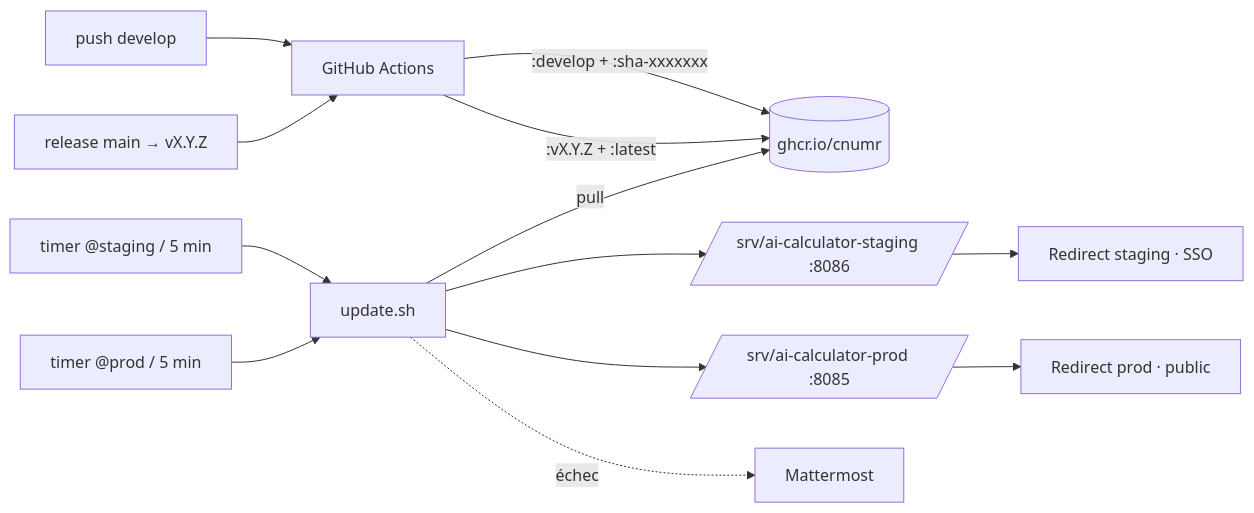
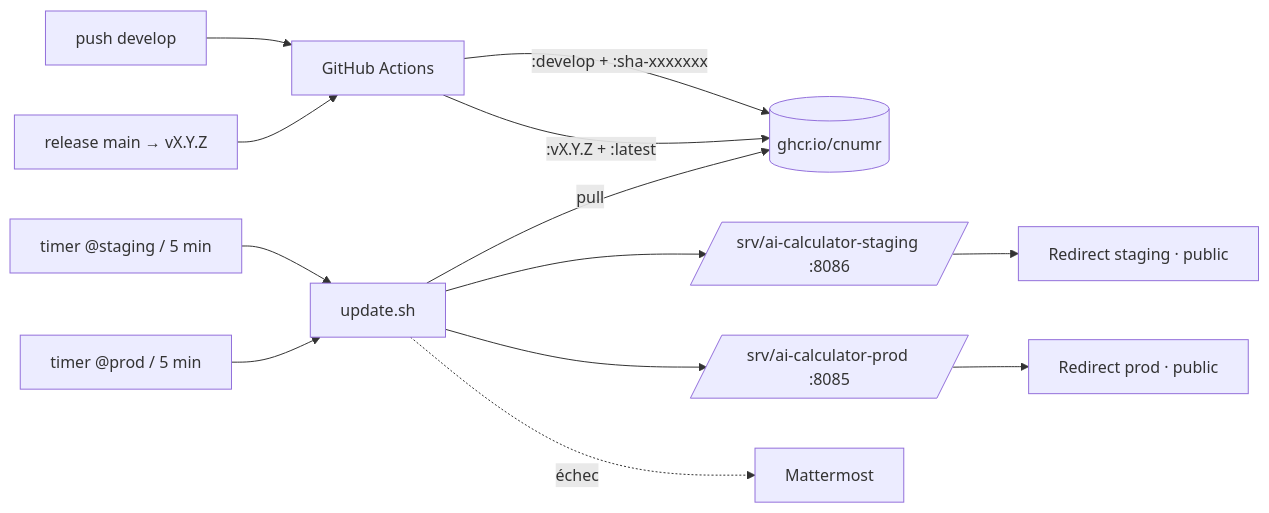
One commit to cnumr/ai-calculator changed the diagram in .superpowers/specs/2026-11-11-deploiement-vps-design.md. Above: the diagram before and after it, drawn with Mermaid. The commit also changed other lines of this file and 1 other file, not shown here.

Commit message:
docs: staging public (all_users et visitors) dans la spec et le plan

````diff
--- a/.superpowers/specs/2026-11-11-deploiement-vps-design.md
+++ b/.superpowers/specs/2026-11-11-deploiement-vps-design.md
@@ -28,15 +28,15 @@
 ```mermaid
 flowchart LR
   D[push develop] --> CI[GitHub Actions]
   R[release main → vX.Y.Z] --> CI
   CI -->|:develop + :sha-xxxxxxx| G[(ghcr.io/cnumr)]
   CI -->|:vX.Y.Z + :latest| G
   T1[timer @staging / 5 min] --> U[update.sh]
   T2[timer @prod / 5 min] --> U
   U -->|pull| G
   U --> S[/srv/ai-calculator-staging :8086/]
   U --> P[/srv/ai-calculator-prod :8085/]
-  S --> RS[Redirect staging · SSO]
+  S --> RS[Redirect staging · public]
   P --> RP[Redirect prod · public]
   U -.échec.-> M[Mattermost]
 ```
````
